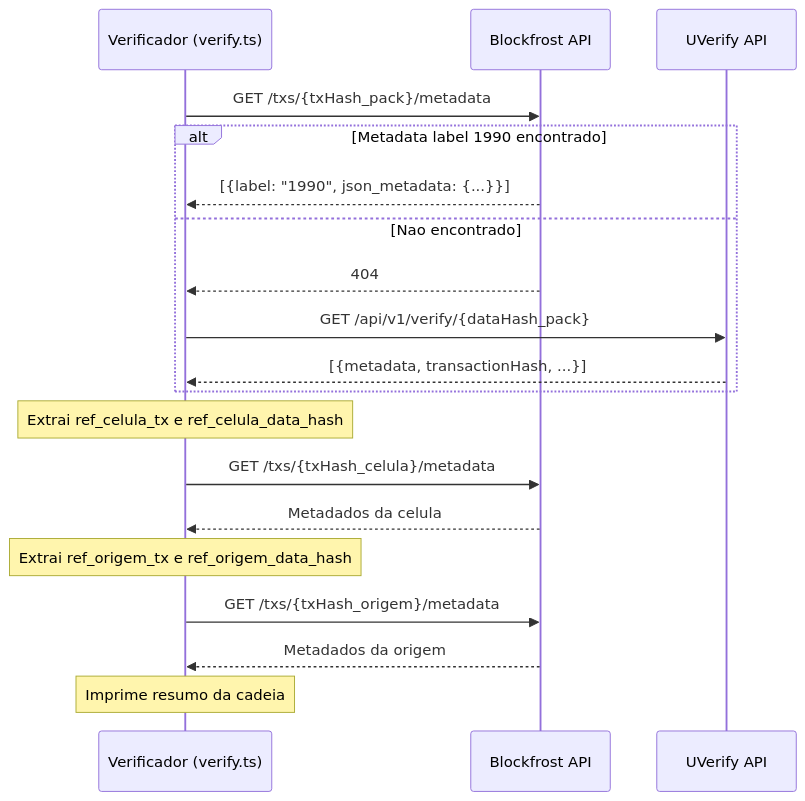
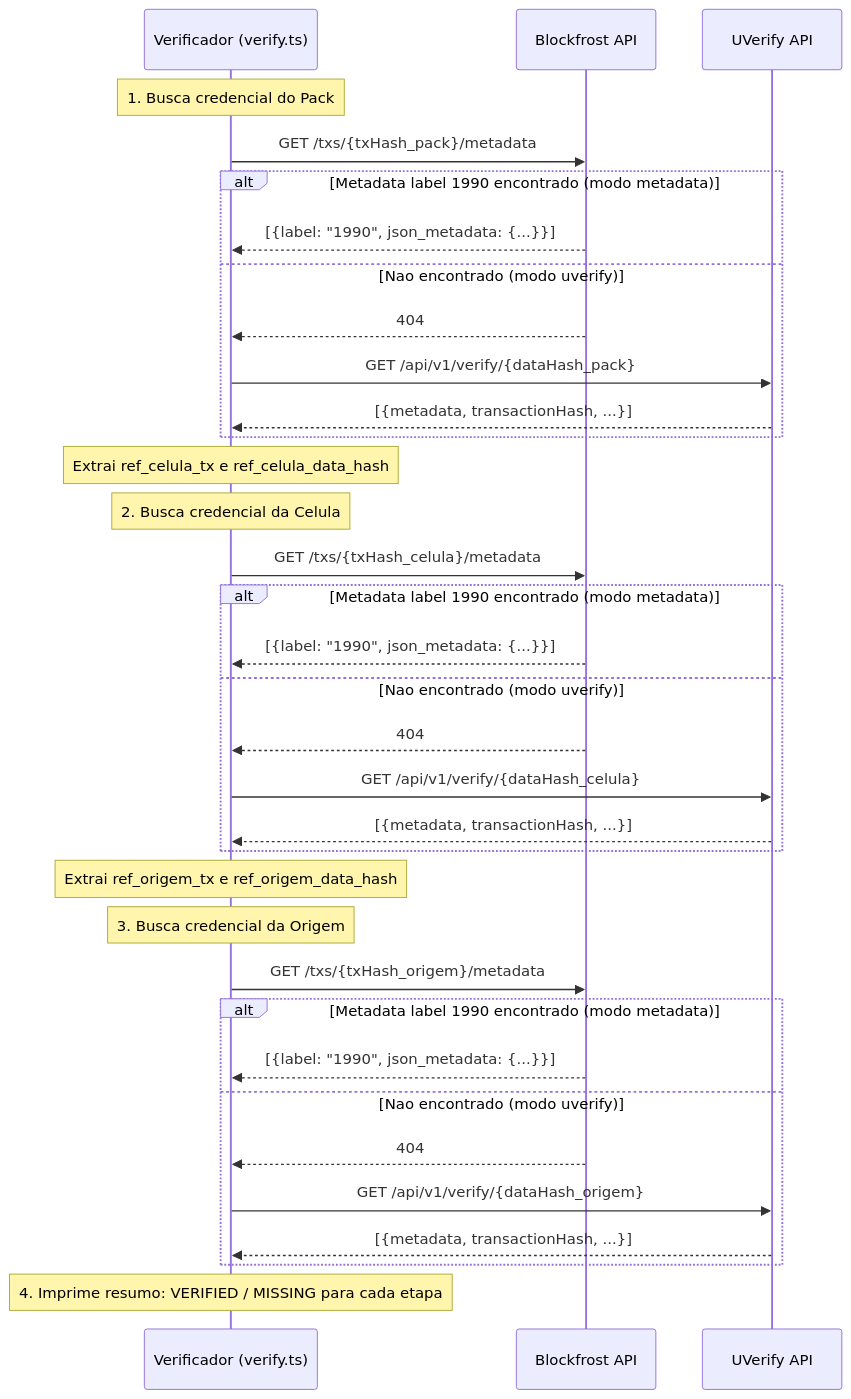
The fourth of 6 diagrams in arquitetura-dpp.md (darlisagc/cardano-dpp-passaport), drawn with Mermaid before and after one commit.

Commit message:
Complete verifier sequence diagram with dual-path at every step
Show the Blockfrost-first / UVerify-fallback alt block for all three
credential lookups (pack, celula, origem), not just the first one.

````diff
--- a/arquitetura-dpp.md
+++ b/arquitetura-dpp.md
@@ -260,27 +260,45 @@
 ```mermaid
 sequenceDiagram
     participant V as Verificador (verify.ts)
     participant B as Blockfrost API
     participant U as UVerify API
 
+    Note over V: 1. Busca credencial do Pack
+
     V->>B: GET /txs/{txHash_pack}/metadata
-    alt Metadata label 1990 encontrado
+    alt Metadata label 1990 encontrado (modo metadata)
         B-->>V: [{label: "1990", json_metadata: {...}}]
-    else Nao encontrado
+    else Nao encontrado (modo uverify)
         B-->>V: 404
         V->>U: GET /api/v1/verify/{dataHash_pack}
         U-->>V: [{metadata, transactionHash, ...}]
     end
 
     Note over V: Extrai ref_celula_tx e ref_celula_data_hash
 
+    Note over V: 2. Busca credencial da Celula
+
     V->>B: GET /txs/{txHash_celula}/metadata
-    B-->>V: Metadados da celula
+    alt Metadata label 1990 encontrado (modo metadata)
+        B-->>V: [{label: "1990", json_metadata: {...}}]
+    else Nao encontrado (modo uverify)
+        B-->>V: 404
+        V->>U: GET /api/v1/verify/{dataHash_celula}
+        U-->>V: [{metadata, transactionHash, ...}]
+    end
 
     Note over V: Extrai ref_origem_tx e ref_origem_data_hash
 
+    Note over V: 3. Busca credencial da Origem
+
     V->>B: GET /txs/{txHash_origem}/metadata
-    B-->>V: Metadados da origem
+    alt Metadata label 1990 encontrado (modo metadata)
+        B-->>V: [{label: "1990", json_metadata: {...}}]
+    else Nao encontrado (modo uverify)
+        B-->>V: 404
+        V->>U: GET /api/v1/verify/{dataHash_origem}
+        U-->>V: [{metadata, transactionHash, ...}]
+    end
 
-    Note over V: Imprime resumo da cadeia
+    Note over V: 4. Imprime resumo: VERIFIED / MISSING para cada etapa
 ```
````
